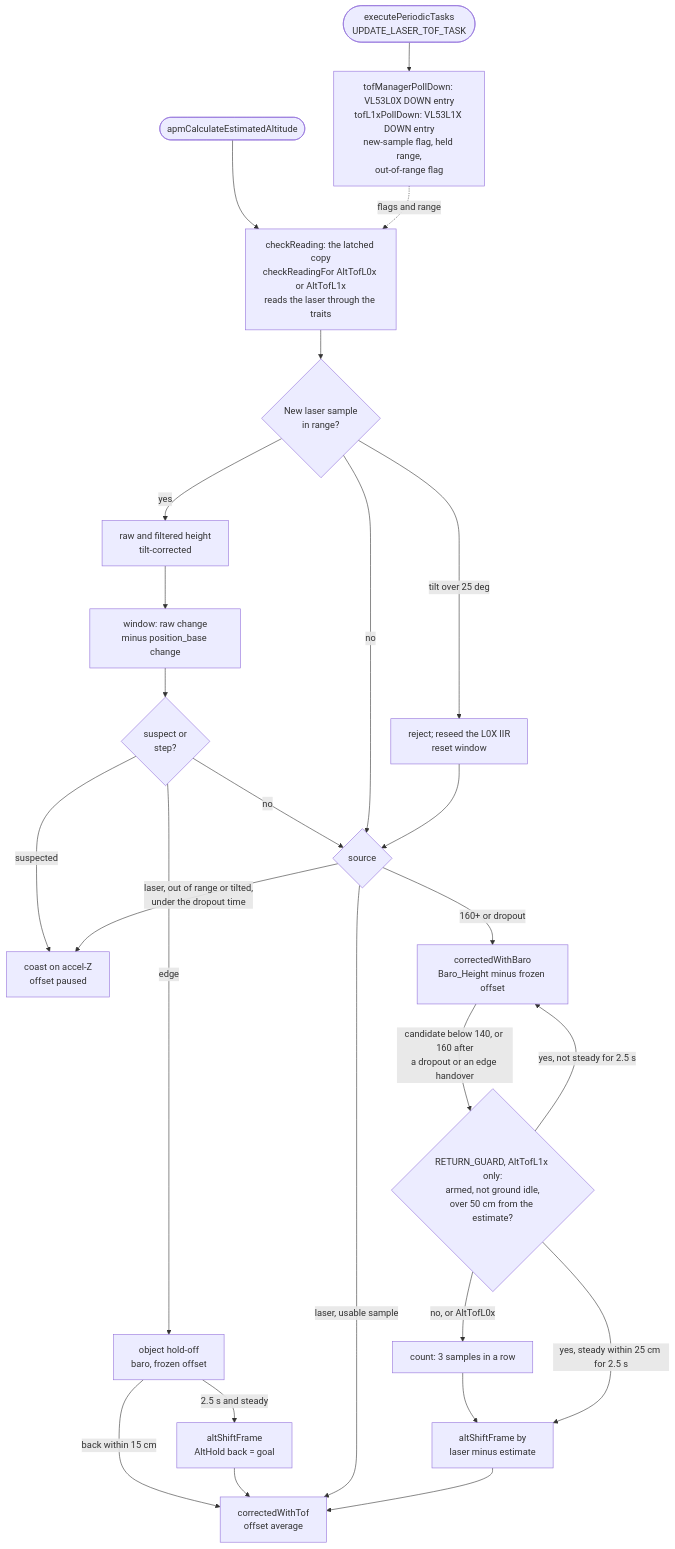
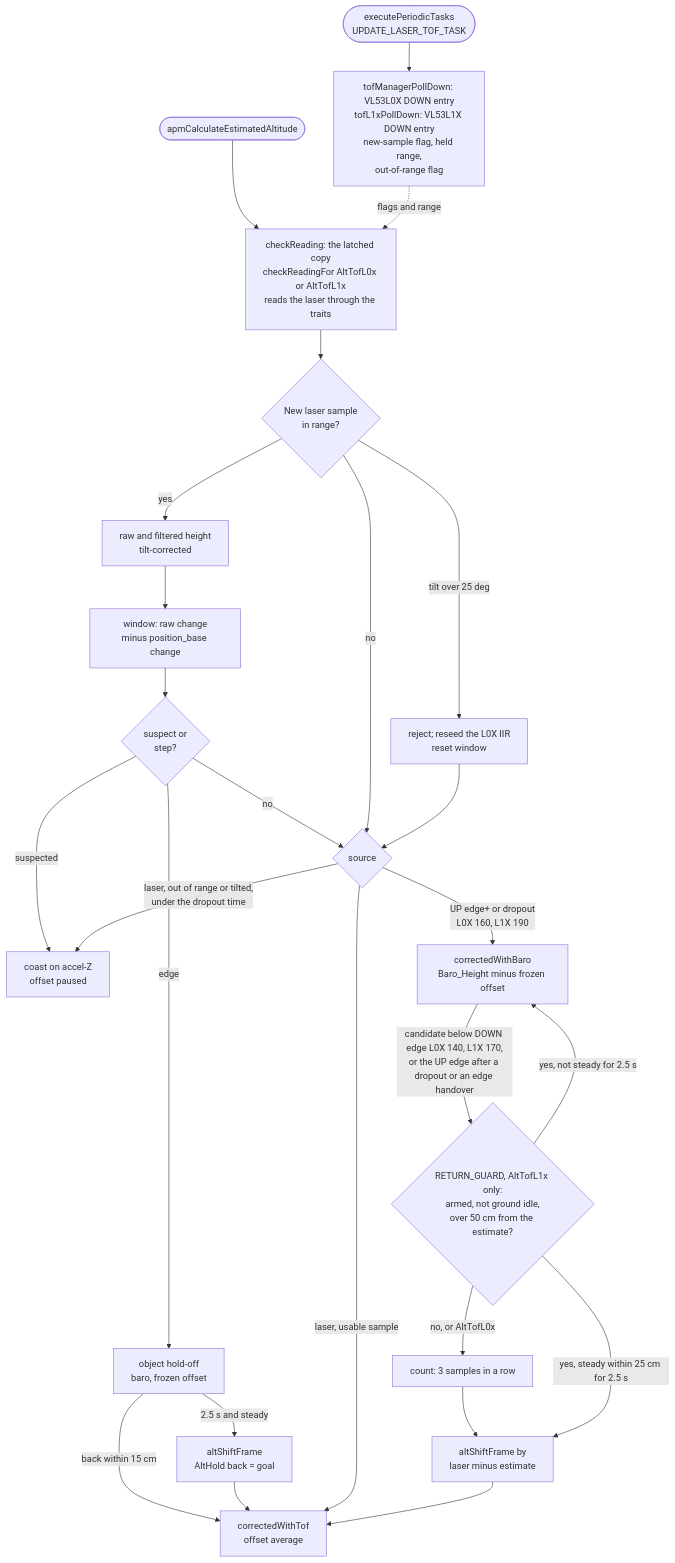
Before and after one commit to DronaAviation/MagisV2: the second of 4 diagrams in docs/fw-development-reference/fw-architecture-pipeline/subsystems/Altitude_Hold_Estimator.md, drawn with Mermaid. The commit also changed other lines of this file and 9 other files, not shown here.

````diff
--- a/docs/fw-development-reference/fw-architecture-pipeline/subsystems/Altitude_Hold_Estimator.md
+++ b/docs/fw-development-reference/fw-architecture-pipeline/subsystems/Altitude_Hold_Estimator.md
@@ -398,28 +401,28 @@
 ```mermaid
 flowchart TD
     Task([executePeriodicTasks<br/>UPDATE_LASER_TOF_TASK]) --> Drv[tofManagerPollDown: VL53L0X DOWN entry<br/>tofL1xPollDown: VL53L1X DOWN entry<br/>new-sample flag, held range,<br/>out-of-range flag]
     Est([apmCalculateEstimatedAltitude]) --> Tick[checkReading: the latched copy<br/>checkReadingFor AltTofL0x or AltTofL1x<br/>reads the laser through the traits]
     Drv -. flags and range .-> Tick
     Tick --> New{New laser sample<br/>in range?}
     New -- tilt over 25 deg --> Rej[reject; reseed the L0X IIR<br/>reset window]
     New -- yes --> Raw[raw and filtered height<br/>tilt-corrected]
     Raw --> Win[window: raw change<br/>minus position_base change]
     Win --> Sus{suspect or<br/>step?}
     Sus -- edge --> Hold[object hold-off<br/>baro, frozen offset]
     Hold -- back within 15 cm --> Laser
     Hold -- 2.5 s and steady --> Rebase[altShiftFrame<br/>AltHold back = goal]
     Rebase --> Laser
     Sus -- suspected --> Coast[coast on accel-Z<br/>offset paused]
     Sus -- no --> Band{source}
     New -- no --> Band
     Rej --> Band
     Band -- laser, usable sample --> Laser[correctedWithTof<br/>offset average]
     Band -- laser, out of range or tilted,<br/>under the dropout time --> Coast
-    Band -- 160+ or dropout --> BaroP[correctedWithBaro<br/>Baro_Height minus frozen offset]
-    BaroP -- candidate below 140, or 160 after<br/>a dropout or an edge handover --> Guard{RETURN_GUARD, AltTofL1x only:<br/>armed, not ground idle,<br/>over 50 cm from the estimate?}
+    Band -- UP edge+ or dropout<br/>L0X 160, L1X 190 --> BaroP[correctedWithBaro<br/>Baro_Height minus frozen offset]
+    BaroP -- candidate below DOWN edge L0X 140, L1X 170,<br/>or the UP edge after a dropout or an edge handover --> Guard{RETURN_GUARD, AltTofL1x only:<br/>armed, not ground idle,<br/>over 50 cm from the estimate?}
     Guard -- no, or AltTofL0x --> Cnt[count: 3 samples in a row]
     Cnt --> Ret[altShiftFrame by<br/>laser minus estimate]
     Guard -- yes, not steady for 2.5 s --> BaroP
     Guard -- yes, steady within 25 cm for 2.5 s --> Ret
     Ret --> Laser
 ```
````
